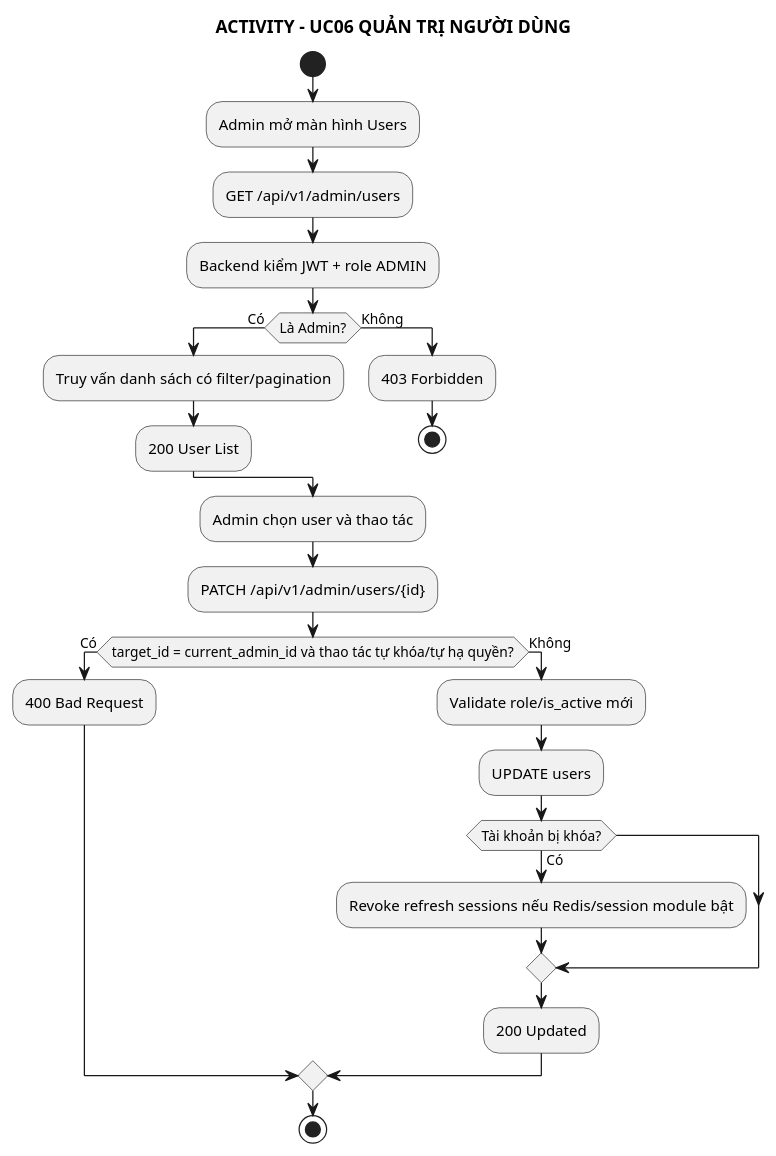
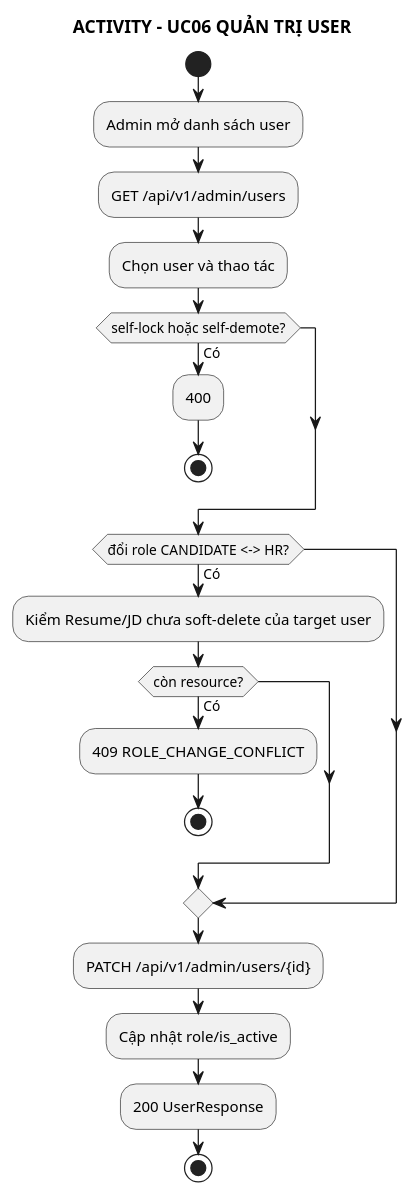
The diagram in docs/03_activity/act_uc06_admin_users.puml (anh632k-ui/WebCVUngVienTuyenDung), drawn with PlantUML before and after one commit.

Commit message:
docs(activity): enforce safe role transition

```diff
--- a/docs/03_activity/act_uc06_admin_users.puml
+++ b/docs/03_activity/act_uc06_admin_users.puml
@@ -1,32 +1,25 @@
 @startuml
 skinparam monochrome true
 skinparam shadowing false
-
-title ACTIVITY - UC06 QUẢN TRỊ NGƯỜI DÙNG
+title ACTIVITY - UC06 QUẢN TRỊ USER
 
 start
-:Admin mở màn hình Users;
+:Admin mở danh sách user;
 :GET /api/v1/admin/users;
-:Backend kiểm JWT + role ADMIN;
-if (Là Admin?) then (Có)
-  :Truy vấn danh sách có filter/pagination;
-  :200 User List;
-else (Không)
-  :403 Forbidden;
+:Chọn user và thao tác;
+if (self-lock hoặc self-demote?) then (Có)
+  :400;
   stop
 endif
-
-:Admin chọn user và thao tác;
+if (đổi role CANDIDATE <-> HR?) then (Có)
+  :Kiểm Resume/JD chưa soft-delete của target user;
+  if (còn resource?) then (Có)
+    :409 ROLE_CHANGE_CONFLICT;
+    stop
+  endif
+endif
 :PATCH /api/v1/admin/users/{id};
-if (target_id = current_admin_id và thao tác tự khóa/tự hạ quyền?) then (Có)
-  :400 Bad Request;
-else (Không)
-  :Validate role/is_active mới;
-  :UPDATE users;
-  if (Tài khoản bị khóa?) then (Có)
-    :Revoke refresh sessions nếu Redis/session module bật;
-  endif
-  :200 Updated;
-endif
+:Cập nhật role/is_active;
+:200 UserResponse;
 stop
 @enduml
```
